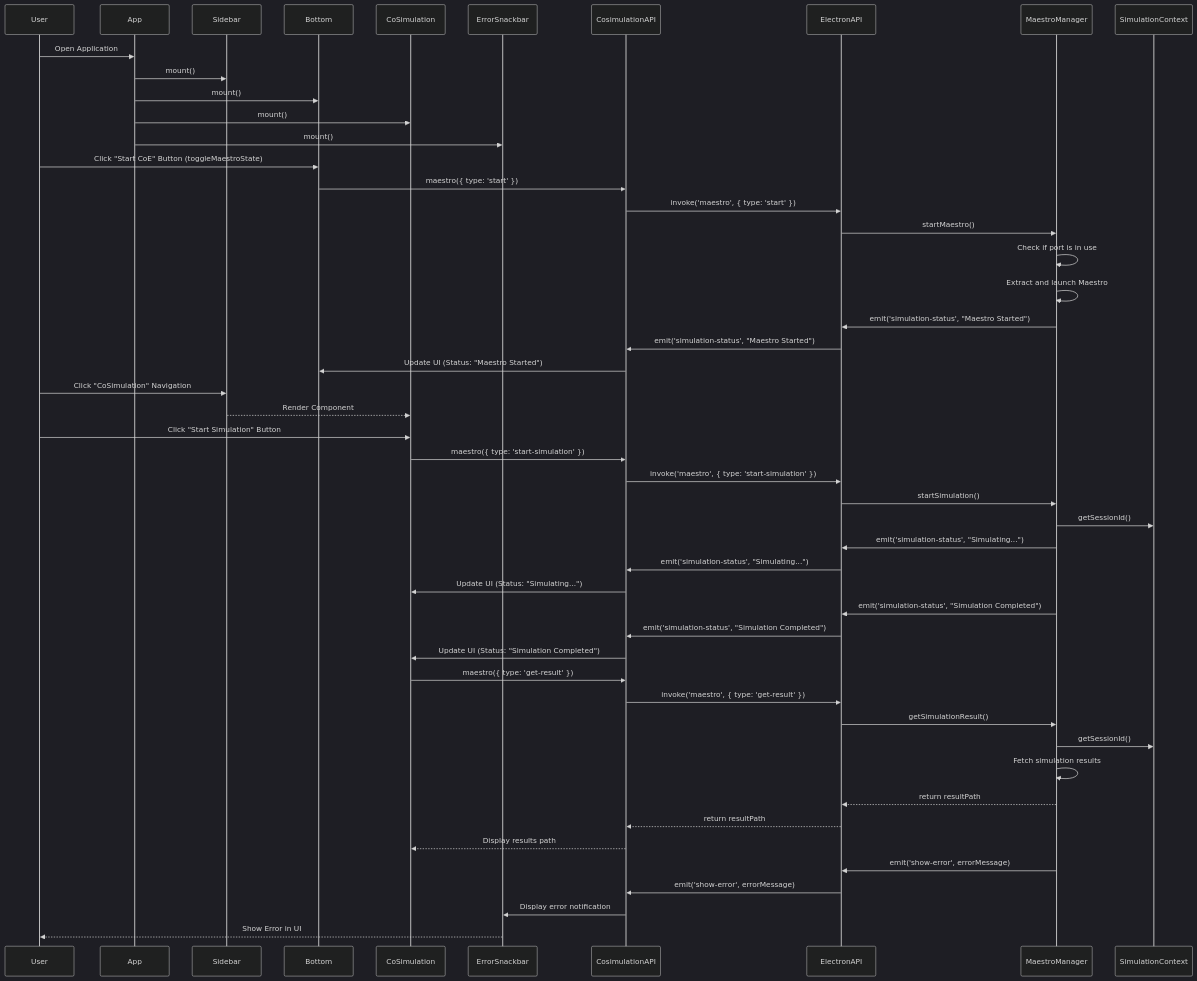
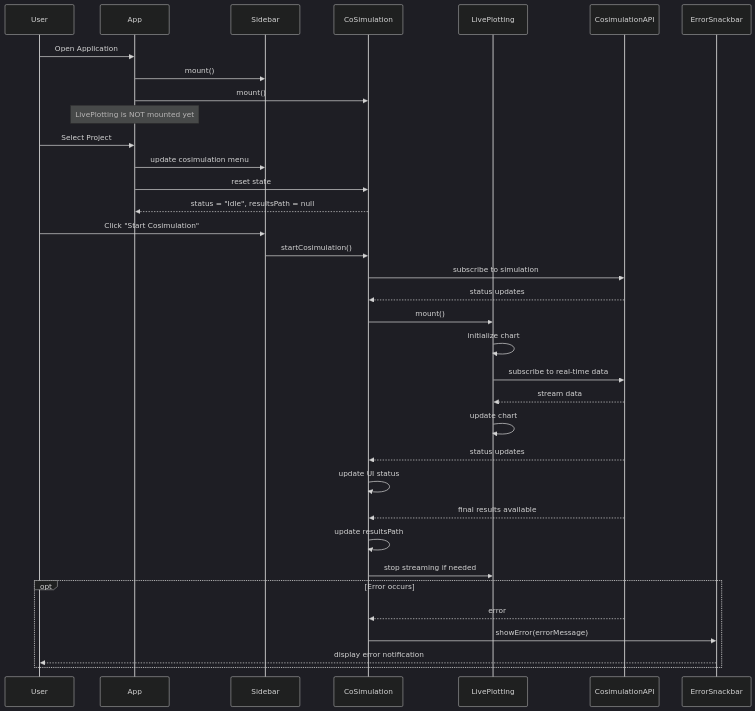
Before and after one commit to INTO-CPS-Association/into-cps-application: the second of 7 diagrams in docs/APPLICATION LAYERS.md, drawn with Mermaid (dark theme). The commit also changed other lines of this file and 2 other files, not shown here.

Commit message:
Changes for APPLICATION LAYER: - Changed React App description - New package diagram - Changed all diagrams in the documentation - Modified descriptions in multiple sections, aligning the documentation to new updates

````diff
--- a/docs/APPLICATION LAYERS.md
+++ b/docs/APPLICATION LAYERS.md
@@ -159,65 +215,49 @@
 ```mermaid
 sequenceDiagram
     participant User
     participant App
     participant Sidebar
-    participant Bottom
     participant CoSimulation
+    participant LivePlotting
+    participant CosimulationAPI
     participant ErrorSnackbar
-    participant CosimulationAPI
-    participant ElectronAPI
-    participant MaestroManager
-    participant SimulationContext
 
     %% 1. App Initialization %%
     User->>App: Open Application
     App->>Sidebar: mount()
-    App->>Bottom: mount()
     App->>CoSimulation: mount()
-    App->>ErrorSnackbar: mount()
+    Note over App: LivePlotting is NOT mounted yet
 
-    %% 2. Starting Maestro %%
-    User->>Bottom: Click "Start CoE" Button (toggleMaestroState)
-    Bottom->>CosimulationAPI: maestro({ type: 'start' })
-    CosimulationAPI->>ElectronAPI: invoke('maestro', { type: 'start' })
-    ElectronAPI->>MaestroManager: startMaestro()
-    MaestroManager->>MaestroManager: Check if port is in use
-    MaestroManager->>MaestroManager: Extract and launch Maestro
-    MaestroManager->>ElectronAPI: emit('simulation-status', "Maestro Started")
-    ElectronAPI->>CosimulationAPI: emit('simulation-status', "Maestro Started")
-    CosimulationAPI->>Bottom: Update UI (Status: "Maestro Started")
+    %% 2. Project Selection %%
+    User->>App: Select Project
+    App->>Sidebar: update cosimulation menu
+    App->>CoSimulation: reset state
+    CoSimulation-->>App: status = "Idle", resultsPath = null
 
-    %% 3. Running Simulation %%
-    User->>Sidebar: Click "CoSimulation" Navigation
-    Sidebar-->>CoSimulation: Render Component
-    User->>CoSimulation: Click "Start Simulation" Button
-    CoSimulation->>CosimulationAPI: maestro({ type: 'start-simulation' })
-    CosimulationAPI->>ElectronAPI: invoke('maestro', { type: 'start-simulation' })
-    ElectronAPI->>MaestroManager: startSimulation()
-    MaestroManager->>SimulationContext: getSessionId()
-    MaestroManager->>ElectronAPI: emit('simulation-status', "Simulating...")
-    ElectronAPI->>CosimulationAPI: emit('simulation-status', "Simulating...")
-    CosimulationAPI->>CoSimulation: Update UI (Status: "Simulating...")
+    %% 3. Start Cosimulation %%
+    User->>Sidebar: Click "Start Cosimulation"
+    Sidebar->>CoSimulation: startCosimulation()
+    CoSimulation->>CosimulationAPI: subscribe to simulation
+    CosimulationAPI-->>CoSimulation: status updates
+    CoSimulation->>LivePlotting: mount()
+    LivePlotting->>LivePlotting: initialize chart
+    LivePlotting->>CosimulationAPI: subscribe to real-time data
+    CosimulationAPI-->>LivePlotting: stream data
+    LivePlotting->>LivePlotting: update chart
 
-    %% 4. Simulation Completion %%
-    MaestroManager->>ElectronAPI: emit('simulation-status', "Simulation Completed")
-    ElectronAPI->>CosimulationAPI: emit('simulation-status', "Simulation Completed")
-    CosimulationAPI->>CoSimulation: Update UI (Status: "Simulation Completed")
+    %% 4. Cosimulation Progress %%
+    CosimulationAPI-->>CoSimulation: status updates
+    CoSimulation->>CoSimulation: update UI status
 
-    %% 5. Fetching Results %%
-    CoSimulation->>CosimulationAPI: maestro({ type: 'get-result' })
-    CosimulationAPI->>ElectronAPI: invoke('maestro', { type: 'get-result' })
-    ElectronAPI->>MaestroManager: getSimulationResult()
-    MaestroManager->>SimulationContext: getSessionId()
-    MaestroManager->>MaestroManager: Fetch simulation results
-    MaestroManager-->>ElectronAPI: return resultPath
-    ElectronAPI-->>CosimulationAPI: return resultPath
-    CosimulationAPI-->>CoSimulation: Display results path
+    %% 5. Cosimulation Completion %%
+    CosimulationAPI-->>CoSimulation: final results available
+    CoSimulation->>CoSimulation: update resultsPath
+    CoSimulation->>LivePlotting: stop streaming if needed
 
-    %% 6. Error Handling and Snackbar Display %%
-    MaestroManager->>ElectronAPI: emit('show-error', errorMessage)
-    ElectronAPI->>CosimulationAPI: emit('show-error', errorMessage)
-    CosimulationAPI->>ErrorSnackbar: Display error notification
-    ErrorSnackbar-->>User: Show Error in UI
-
+    %% 6. Optional Error Handling %%
+    opt Error occurs
+        CosimulationAPI-->>CoSimulation: error
+        CoSimulation->>ErrorSnackbar: showError(errorMessage)
+        ErrorSnackbar-->>User: display error notification
+    end
 ```
````
